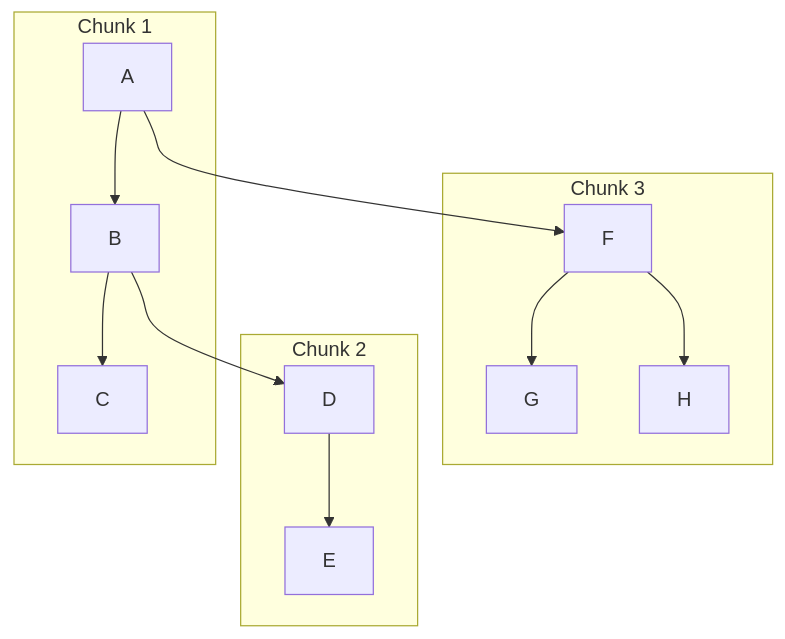
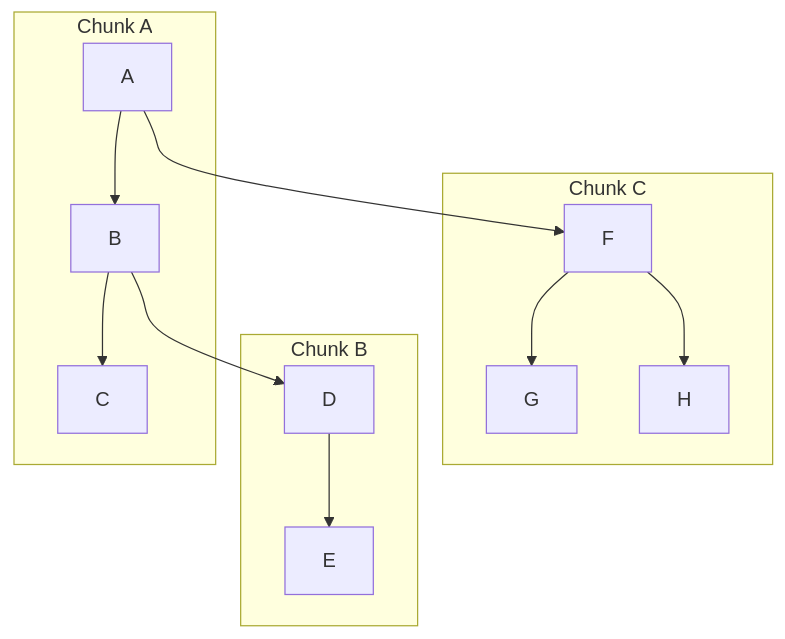
The second of 26 diagrams in packages/dds/tree/docs/wip/treeStorage.md (microsoft/FluidFramework), drawn with Mermaid before and after one commit. The commit also changed other lines of this file, not shown here.

````diff
--- a/packages/dds/tree/docs/wip/treeStorage.md
+++ b/packages/dds/tree/docs/wip/treeStorage.md
@@ -49,15 +49,15 @@
 ```mermaid
 graph TD;
-    subgraph Chunk 3
+    subgraph Chunk C
     F-->G
     F-->H
     end
-    subgraph Chunk 2
+    subgraph Chunk B
     D-->E
     end
-    subgraph Chunk 1
+    subgraph Chunk A
     A-->B-->C;
     end
     A-->F
     B-->D
 ```
````
